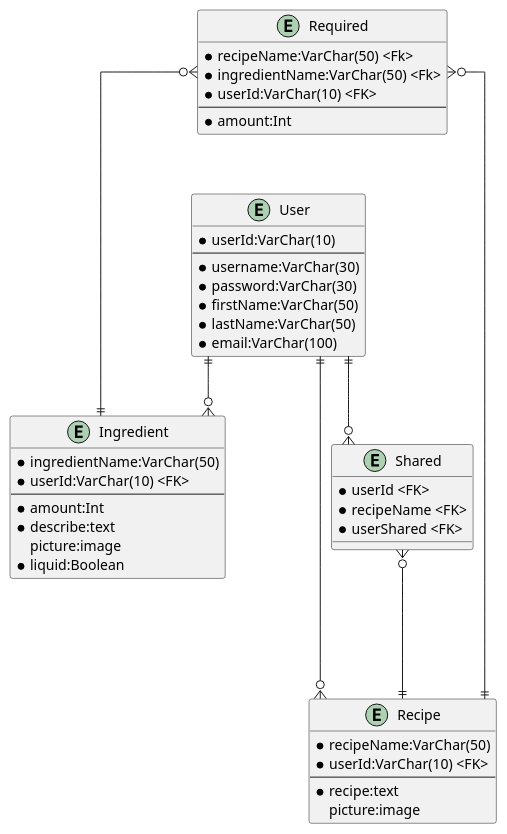
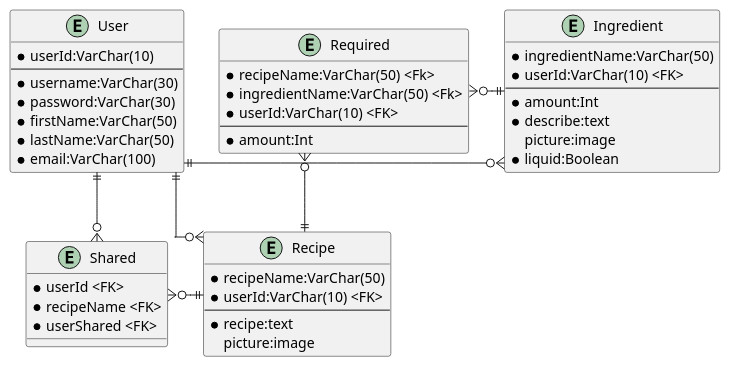
One commit to bluewolf44/PantryPal changed the diagram in Diagrams/BTeamERD.puml. Above: the diagram before and after it, drawn with PlantUML.

Commit message:
Moved around ERD

```diff
--- a/Diagrams/BTeamERD.puml
+++ b/Diagrams/BTeamERD.puml
@@ -1,55 +1,55 @@
 @startuml
 
 skinparam linetype polyline
 skinparam linetype ortho
 
     entity User {
         * userId:VarChar(10)
         --
         * username:VarChar(30)
         * password:VarChar(30)
         * firstName:VarChar(50)
         * lastName:VarChar(50)
         * email:VarChar(100)
     }
 
     entity Ingredient {
         * ingredientName:VarChar(50)
         * userId:VarChar(10) <FK>
         --
         * amount:Int
         * describe:text
         picture:image
         * liquid:Boolean
     }
 
     entity Recipe {
         * recipeName:VarChar(50)
         * userId:VarChar(10) <FK>
         --
         * recipe:text
         picture:image
     }
 
     entity Required {
         * recipeName:VarChar(50) <Fk>
         * ingredientName:VarChar(50) <Fk>
         * userId:VarChar(10) <FK>
         --
         * amount:Int
     }
 
     entity Shared {
         * userId <FK>
         * recipeName <FK>
         * userShared <FK>
     }
 
-    User ||--o{ Ingredient
-    User ||--o{ Recipe
-    Required }o---|| Recipe
-    Required }o---|| Ingredient
-    Shared }o---||Recipe
+    User ||-o{ Ingredient
+    User ||-o{ Recipe
+    Required }o-|| Recipe
+    Required }o-|| Ingredient
+    Shared }o-||Recipe
     User ||--o{Shared
 
 @enduml
```
